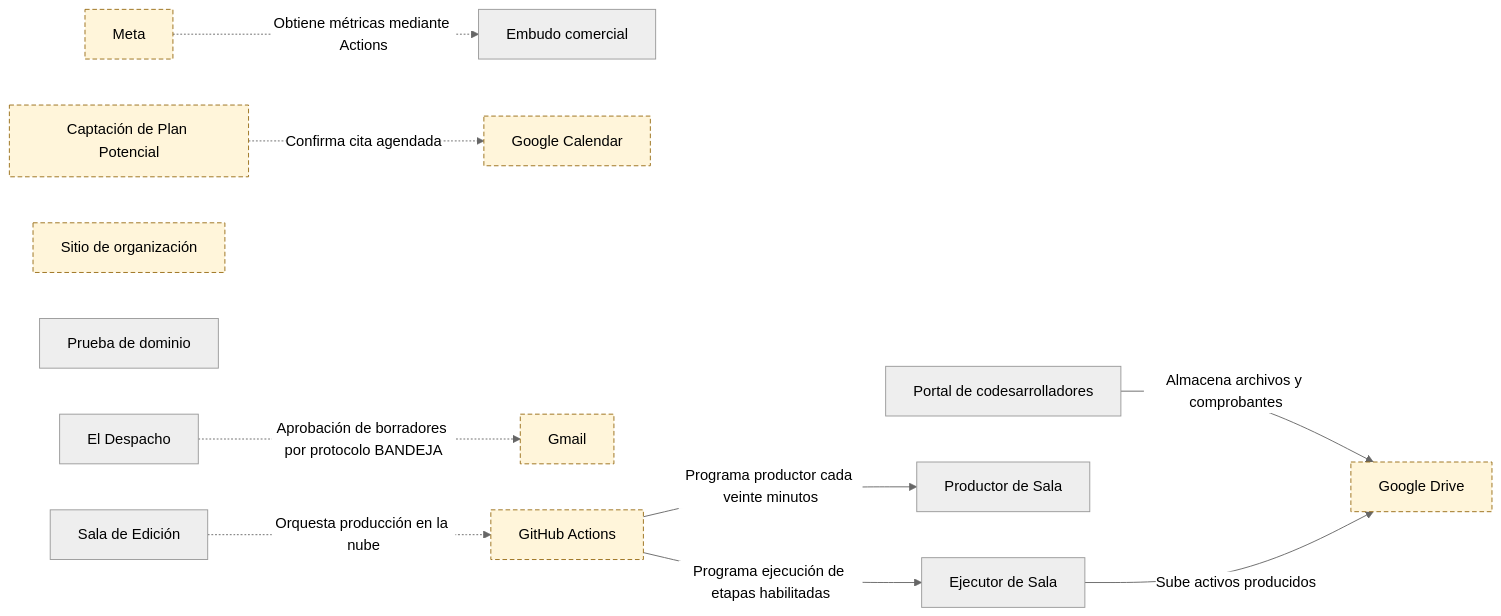
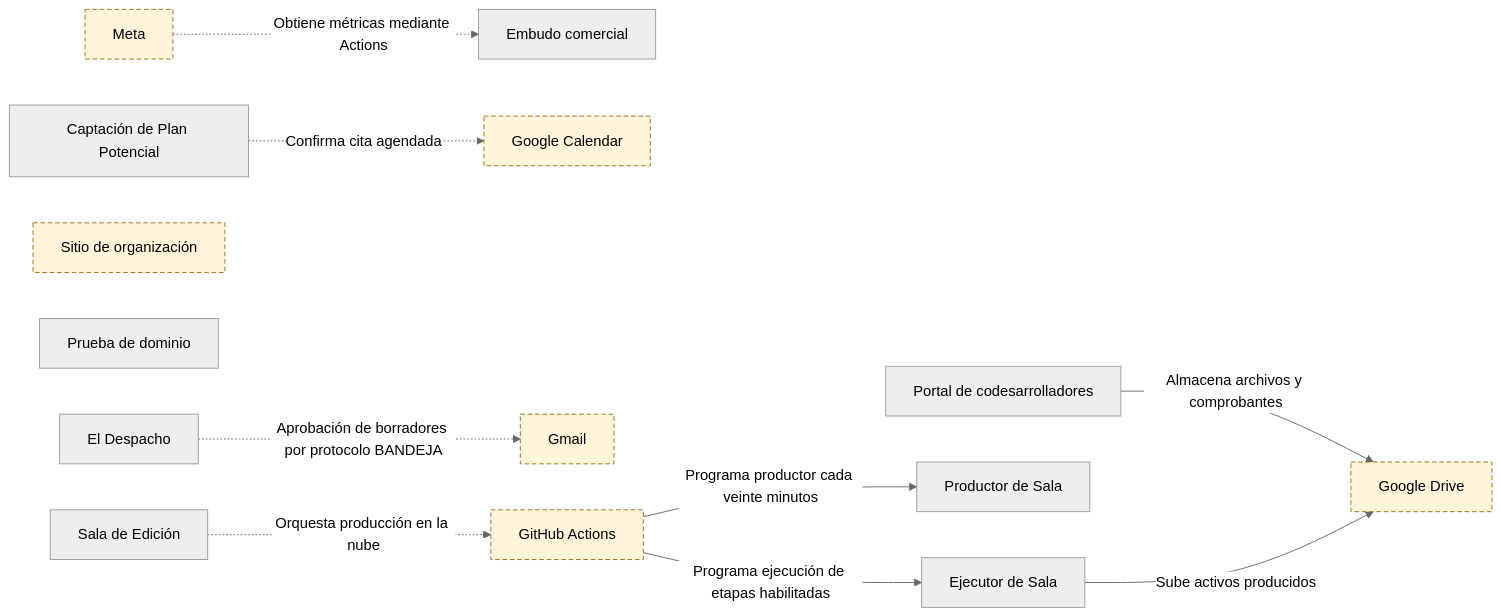
One commit to yodesarrollomx/yod-portal changed the eighth of 9 diagrams in docs/arquitectura/mapas.md. Above: the diagram before and after it, drawn with Mermaid (neutral theme). The commit also changed other lines of this file and 10 other files, not shown here.

````diff
--- a/docs/arquitectura/mapas.md
+++ b/docs/arquitectura/mapas.md
@@ -303,33 +292,32 @@
 ```mermaid
 flowchart LR
   n_SYS_DESPACHO["El Despacho"]
   n_SYS_MARKETING["Embudo comercial"]
   n_SYS_SALA["Sala de Edición"]
   n_SYS_SITIO_ORG["Sitio de organización"]
   n_SYS_PRUEBA_DOMINIO["Prueba de dominio"]
   n_GAS_PLAN_POTENCIAL["Captación de Plan Potencial"]
   n_GAS_CODES["Portal de codesarrolladores"]
   n_EXT_DRIVE["Google Drive"]
   n_EXT_CALENDAR["Google Calendar"]
   n_EXT_META["Meta"]
   n_EXT_GMAIL["Gmail"]
   n_EXT_ACTIONS["GitHub Actions"]
   n_SVC_SALA_PRODUCTOR["Productor de Sala"]
   n_SVC_SALA_EJECUTOR["Ejecutor de Sala"]
   n_GAS_PLAN_POTENCIAL -.->|Confirma cita agendada| n_EXT_CALENDAR
   n_EXT_META -.->|Obtiene métricas mediante Actions| n_SYS_MARKETING
   n_SYS_DESPACHO -.->|Aprobación de borradores por protocolo BANDEJA| n_EXT_GMAIL
   n_GAS_CODES -->|Almacena archivos y comprobantes| n_EXT_DRIVE
   n_SYS_SALA -.->|Orquesta producción en la nube| n_EXT_ACTIONS
   n_EXT_ACTIONS -->|Programa productor cada veinte minutos| n_SVC_SALA_PRODUCTOR
   n_EXT_ACTIONS -->|Programa ejecución de etapas habilitadas| n_SVC_SALA_EJECUTOR
   n_SVC_SALA_EJECUTOR -->|Sube activos producidos| n_EXT_DRIVE
   classDef pendiente fill:#fff5da,stroke:#996d16,stroke-dasharray:5 3;
   class n_SYS_SITIO_ORG pendiente;
-  class n_GAS_PLAN_POTENCIAL pendiente;
   class n_EXT_DRIVE pendiente;
   class n_EXT_CALENDAR pendiente;
   class n_EXT_META pendiente;
   class n_EXT_GMAIL pendiente;
   class n_EXT_ACTIONS pendiente;
 ```
````
